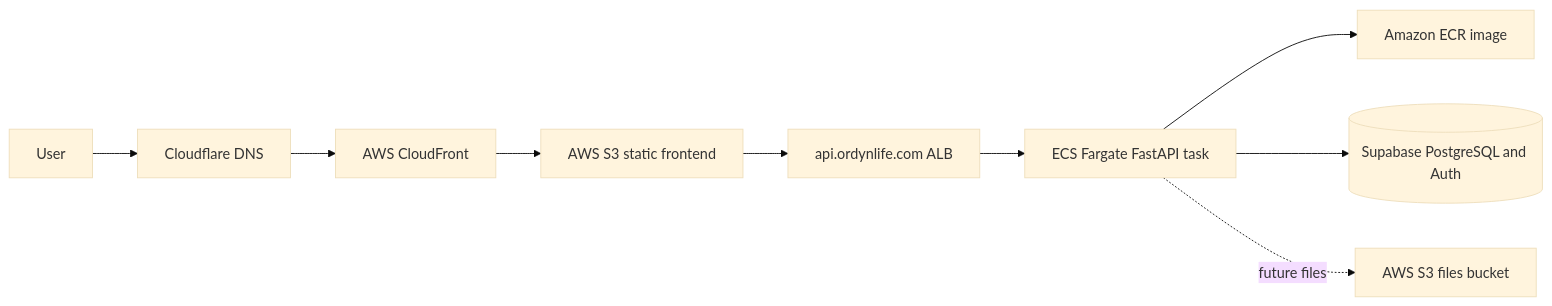
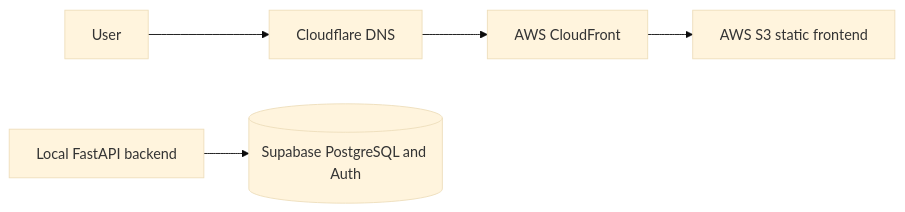
The diagram in docs/deployment.md (vini-araujo/Productivity-App), drawn with Mermaid (base theme) before and after one commit. The commit also changed other lines of this file and 5 other files, not shown here.

Commit message:
docs: record aws backend teardown

````diff
--- a/docs/deployment.md
+++ b/docs/deployment.md
@@ -14,11 +14,7 @@
 ```mermaid
 flowchart LR
     User --> Cloudflare[Cloudflare DNS]
     Cloudflare --> CloudFront[AWS CloudFront]
     CloudFront --> Static[AWS S3 static frontend]
-    Static --> ALB[api.ordynlife.com ALB]
-    ALB --> ECS[ECS Fargate FastAPI task]
-    ECS --> ECR[Amazon ECR image]
-    ECS --> Supabase[(Supabase PostgreSQL and Auth)]
-    ECS -. future files .-> Files[AWS S3 files bucket]
+    LocalAPI[Local FastAPI backend] --> Supabase[(Supabase PostgreSQL and Auth)]
 ```
````
